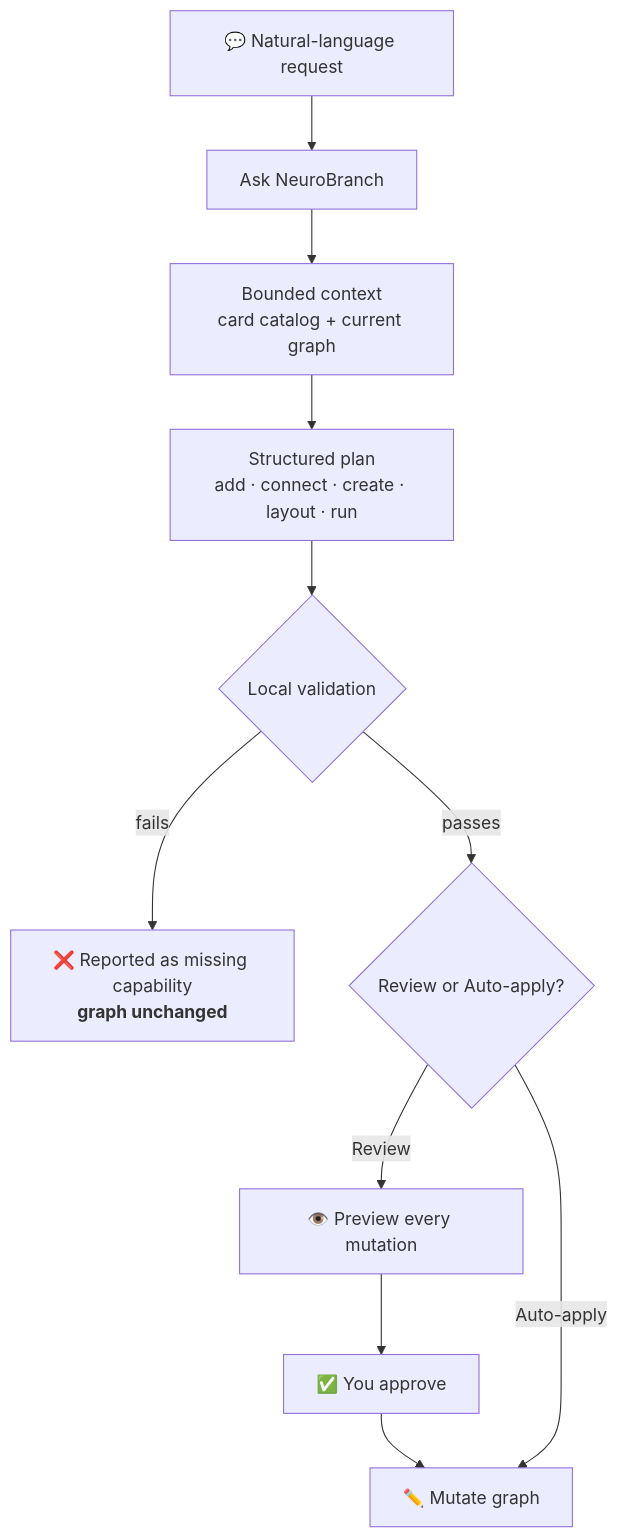
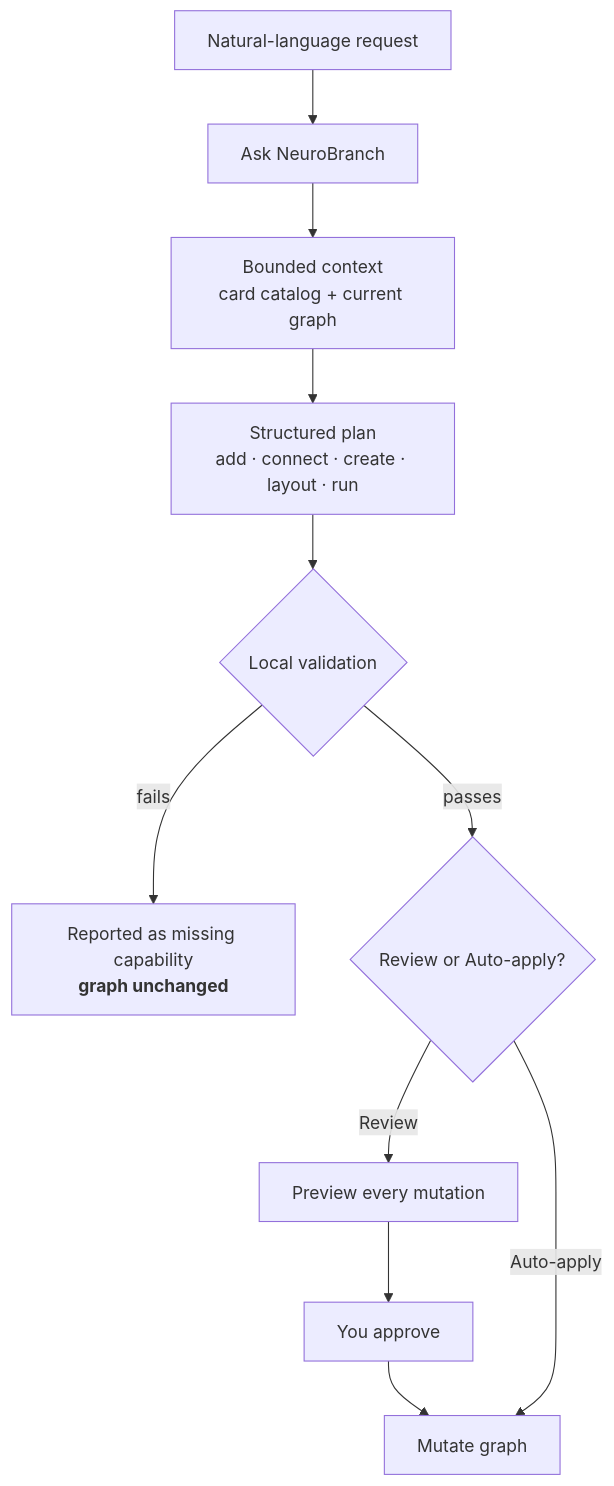
The third of 3 diagrams in README.md (sanjayrohith/NeuroBranch), drawn with Mermaid before and after one commit. The commit also changed other lines of this file and 1 other file, not shown here.

````diff
--- a/README.md
+++ b/README.md
@@ -113,11 +115,11 @@
 ```mermaid
 flowchart TD
-  U["💬 Natural-language request"] --> A["Ask NeuroBranch"]
+  U["Natural-language request"] --> A["Ask NeuroBranch"]
   A --> C["Bounded context<br/>card catalog + current graph"]
   C --> Plan["Structured plan<br/>add · connect · create · layout · run"]
   Plan --> V{"Local validation"}
-  V -->|fails| Rej["❌ Reported as missing capability<br/><b>graph unchanged</b>"]
+  V -->|fails| Rej["Reported as missing capability<br/><b>graph unchanged</b>"]
   V -->|passes| Mode{"Review or Auto-apply?"}
-  Mode -->|Review| Preview["👁️ Preview every mutation"] --> Approve["✅ You approve"] --> Mut["Mutate graph"]
-  Mode -->|Auto-apply| Mut["✏️ Mutate graph"]
+  Mode -->|Review| Preview["Preview every mutation"] --> Approve["You approve"] --> Mut["Mutate graph"]
+  Mode -->|Auto-apply| Mut["Mutate graph"]
 ```
````
